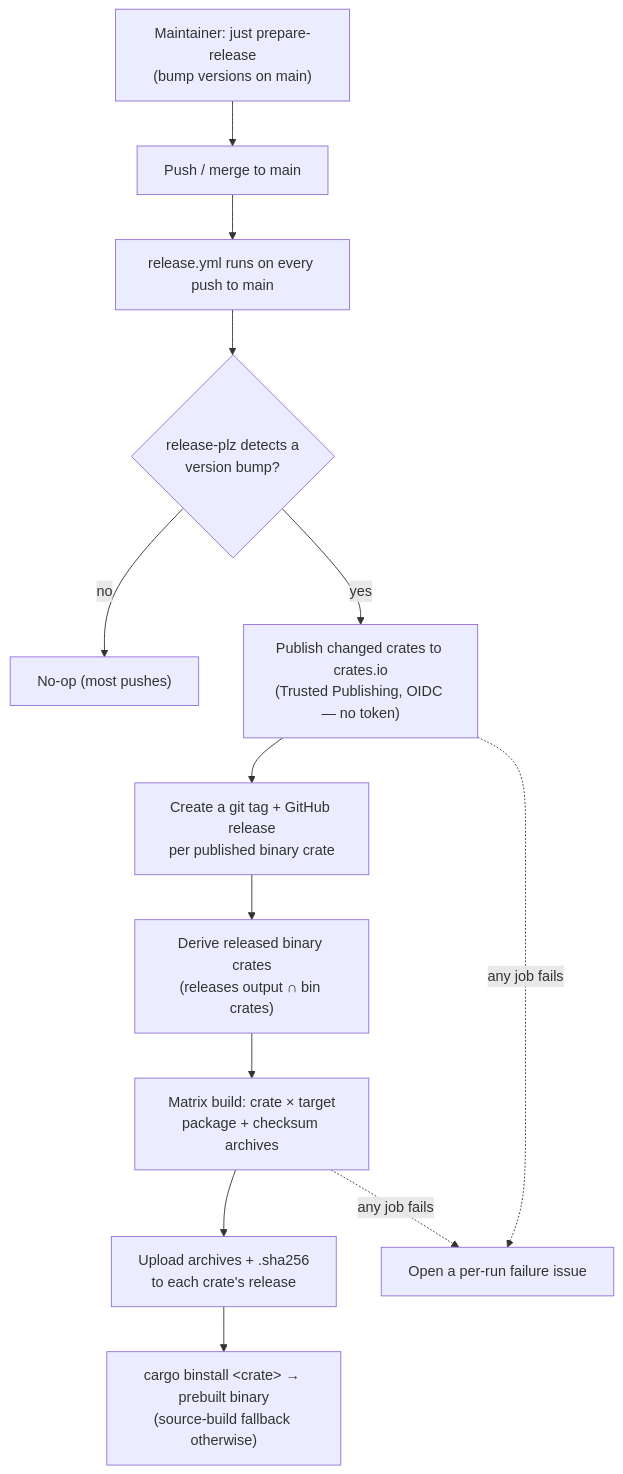
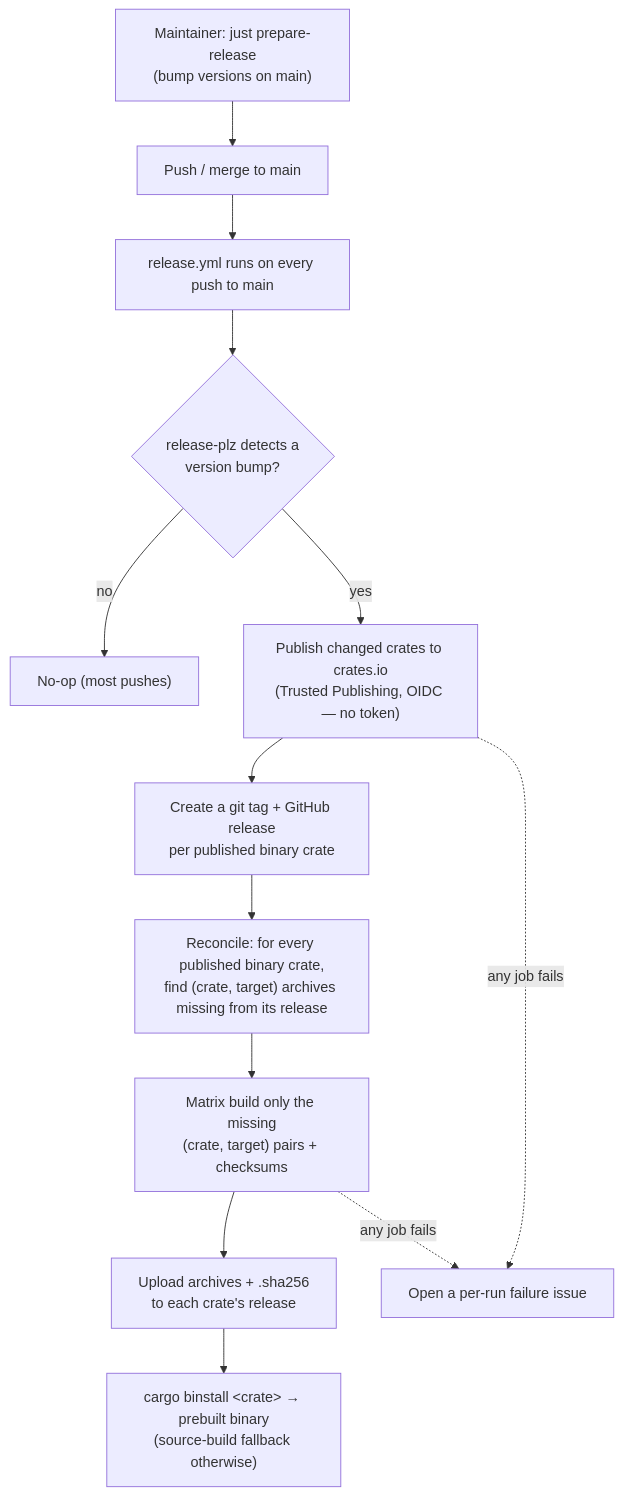
One commit to folo-rs/folo changed the diagram in docs/release-automation.md. Above: the diagram before and after it, drawn with Mermaid. The commit also changed other lines of this file and 1 other file, not shown here.

First line of the commit message:
docs: make binary retries self-heal by reconciling missing assets

````diff
--- a/docs/release-automation.md
+++ b/docs/release-automation.md
@@ -24,15 +24,15 @@
 ```mermaid
 flowchart TD
     A["Maintainer: just prepare-release<br/>(bump versions on main)"] --> B["Push / merge to main"]
     B --> C["release.yml runs on every push to main"]
     C --> D{"release-plz detects a<br/>version bump?"}
     D -- no --> Z["No-op (most pushes)"]
     D -- yes --> E["Publish changed crates to crates.io<br/>(Trusted Publishing, OIDC — no token)"]
     E --> F["Create a git tag + GitHub release<br/>per published binary crate"]
-    F --> G["Derive released binary crates<br/>(releases output ∩ bin crates)"]
-    G --> H["Matrix build: crate × target<br/>package + checksum archives"]
+    F --> G["Reconcile: for every published binary crate,<br/>find (crate, target) archives missing from its release"]
+    G --> H["Matrix build only the missing<br/>(crate, target) pairs + checksums"]
     H --> I["Upload archives + .sha256<br/>to each crate's release"]
     I --> J["cargo binstall &lt;crate&gt; → prebuilt binary<br/>(source-build fallback otherwise)"]
     E -. any job fails .-> K["Open a per-run failure issue"]
     H -. any job fails .-> K
 ```
````
